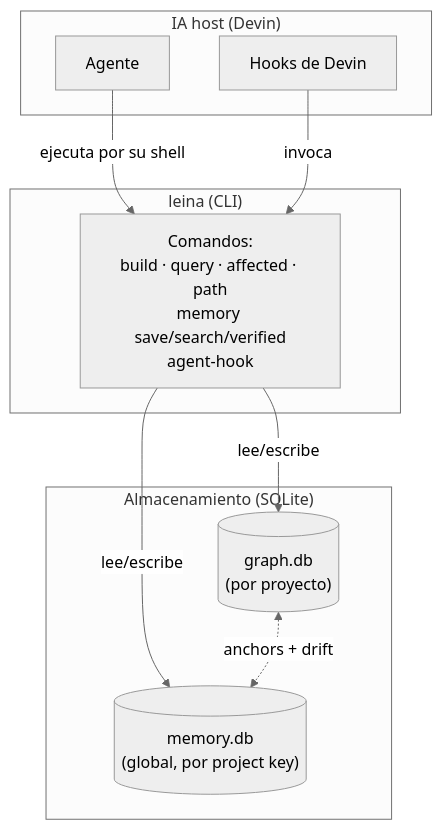
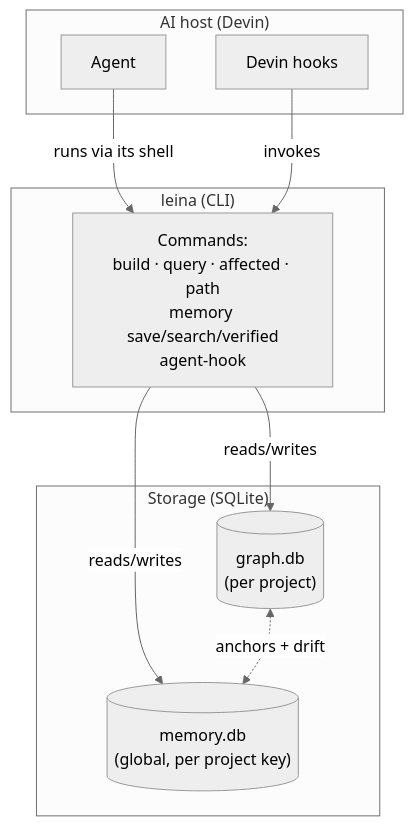
The diagram in docs/concepts/README.md (Kolimar/leina), drawn with Mermaid (neutral theme) before and after one commit. The commit also changed other lines of this file and 27 other files, not shown here.

````diff
--- a/docs/concepts/README.md
+++ b/docs/concepts/README.md
@@ -65,22 +66,22 @@
 ```mermaid
 flowchart TB
-    subgraph host["IA host (Devin)"]
-        agent["Agente"]
-        hooks["Hooks de Devin"]
+    subgraph host["AI host (Devin)"]
+        agent["Agent"]
+        hooks["Devin hooks"]
     end
 
     subgraph cli["leina (CLI)"]
-        cmds["Comandos:<br/>build · query · affected · path<br/>memory save/search/verified<br/>agent-hook"]
+        cmds["Commands:<br/>build · query · affected · path<br/>memory save/search/verified<br/>agent-hook"]
     end
 
-    subgraph stores["Almacenamiento (SQLite)"]
-        graphdb[("graph.db<br/>(por proyecto)")]
-        memdb[("memory.db<br/>(global, por project key)")]
+    subgraph stores["Storage (SQLite)"]
+        graphdb[("graph.db<br/>(per project)")]
+        memdb[("memory.db<br/>(global, per project key)")]
     end
 
-    agent -->|ejecuta por su shell| cmds
-    hooks -->|invoca| cmds
-    cmds -->|lee/escribe| graphdb
-    cmds -->|lee/escribe| memdb
+    agent -->|runs via its shell| cmds
+    hooks -->|invokes| cmds
+    cmds -->|reads/writes| graphdb
+    cmds -->|reads/writes| memdb
     graphdb <-.->|anchors + drift| memdb
 ```
````
